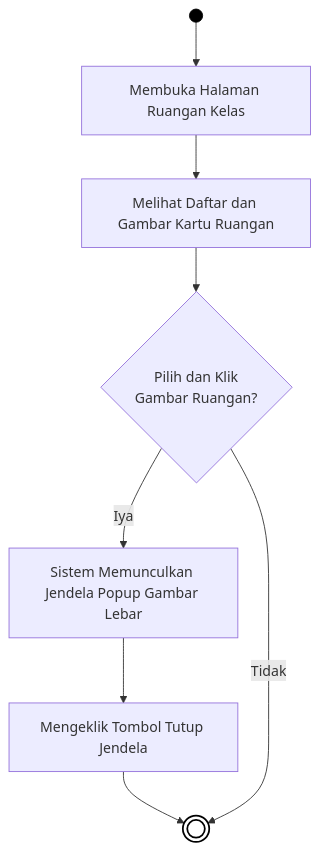
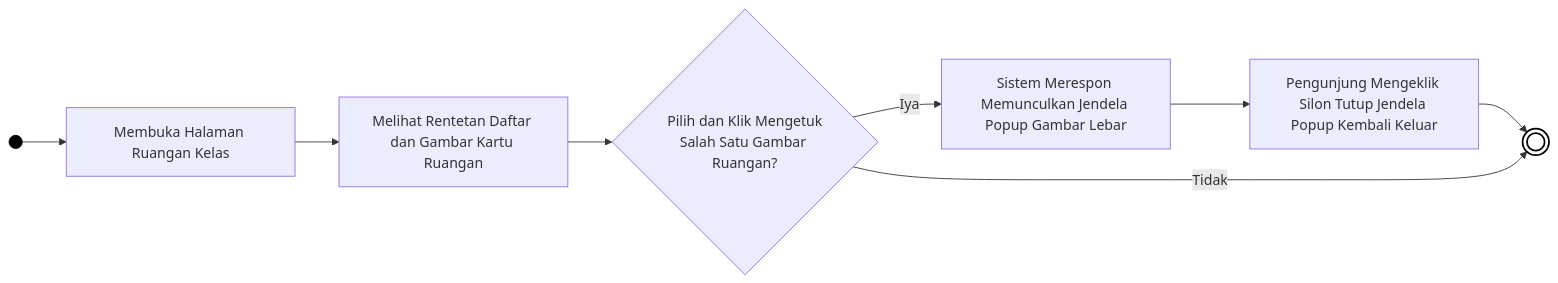
Before and after one commit to arbain-dev/Web_fikom: the ninth of 12 diagrams in docs/01B_DIAGRAM_AKTIVITAS_PUBLIK.md, drawn with Mermaid. The commit also changed other lines of this file, not shown here.

Commit message:
docs: merombak seluruh orientasi diagram aktivitas menjadi horizontal (LR) serta fan-out agar mengular ke samping alih-alih memanjang tajam ke bawah

````diff
--- a/docs/01B_DIAGRAM_AKTIVITAS_PUBLIK.md
+++ b/docs/01B_DIAGRAM_AKTIVITAS_PUBLIK.md
@@ -261,16 +233,16 @@
 ```mermaid
-flowchart TD
+flowchart LR
     Start(( )) --> A[Membuka Halaman Ruangan Kelas]
     
-    A --> B[Melihat Daftar dan Gambar Kartu Ruangan]
-    B --> C{Pilih dan Klik\nGambar Ruangan?}
+    A --> B[Melihat Rentetan Daftar dan Gambar Kartu Ruangan]
+    B --> C{Pilih dan Klik Mengetuk\nSalah Satu Gambar Ruangan?}
     
-    C -- Iya --> D[Sistem Memunculkan Jendela Popup Gambar Lebar]
-    D --> E[Mengeklik Tombol Tutup Jendela]
+    C -- Iya --> D[Sistem Merespon Memunculkan Jendela Popup Gambar Lebar]
+    D --> E[Pengunjung Mengeklik Silon Tutup Jendela Popup Kembali Keluar]
     E --> End((( )))
     
     C -- Tidak --> End
     
     style Start fill:#000,stroke:#000,color:#000
     style End fill:#fff,stroke:#000,stroke-width:2px
 ```
````
